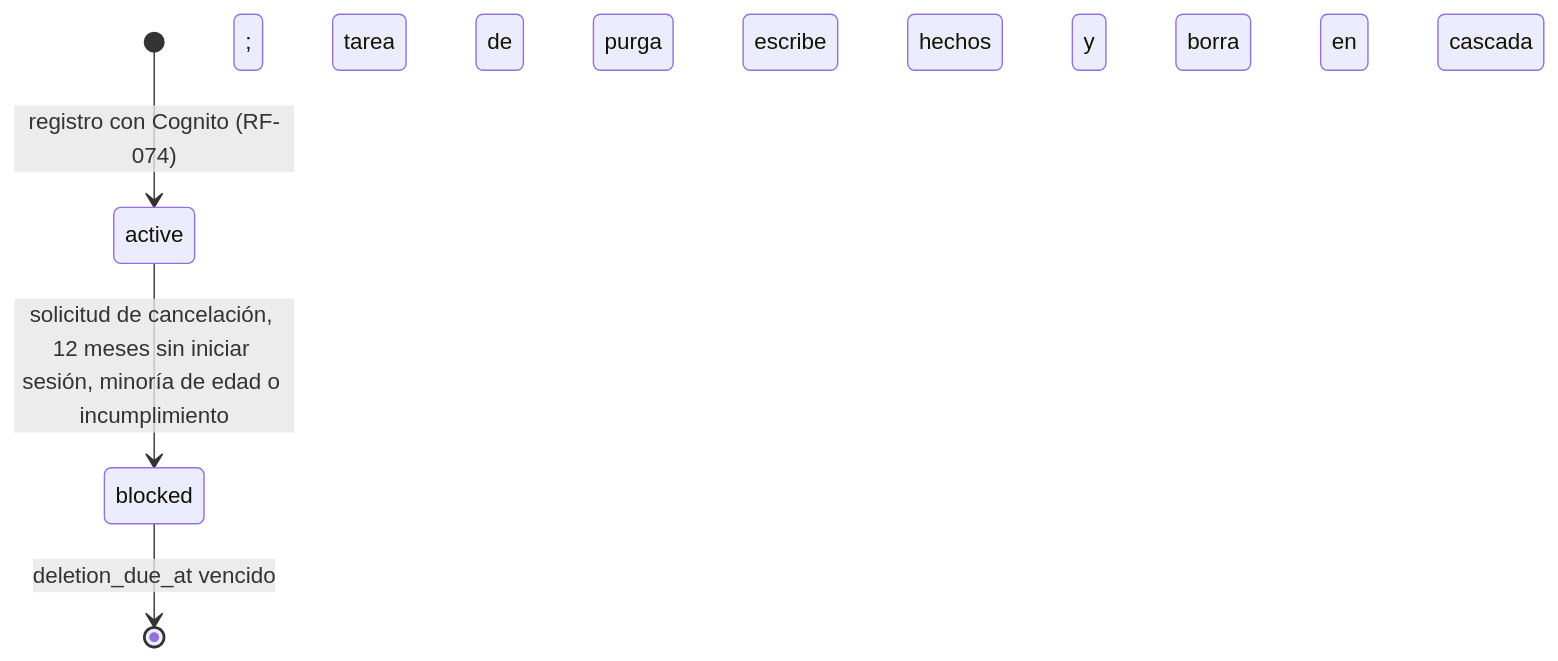
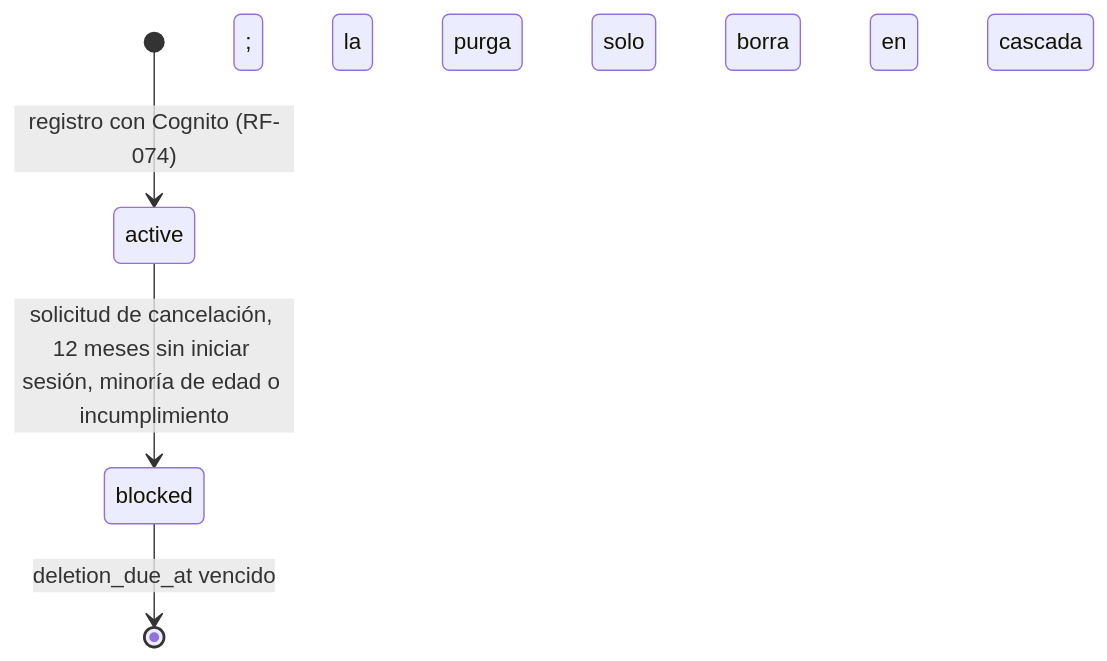
One commit to The-Tito/nukyro-backend changed the fourth of 5 diagrams in bd/modelo-datos.md. Above: the diagram before and after it, drawn with Mermaid. The commit also changed other lines of this file, not shown here.

````diff
--- a/bd/modelo-datos.md
+++ b/bd/modelo-datos.md
@@ -295,6 +298,6 @@
 ```mermaid
 stateDiagram-v2
     [*] --> active : registro con Cognito (RF-074)
     active --> blocked : solicitud de cancelación, 12 meses sin iniciar sesión, minoría de edad o incumplimiento
-    blocked --> [*] : deletion_due_at vencido; tarea de purga escribe hechos y borra en cascada
+    blocked --> [*] : deletion_due_at vencido; la purga solo borra en cascada
 ```
````
